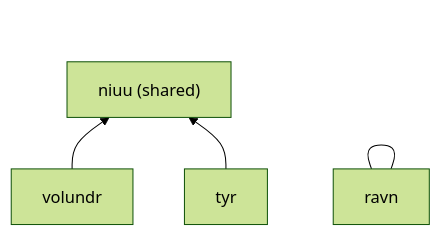
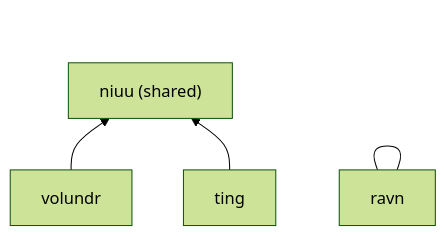
One commit to niuulabs/niuu changed the second of 2 diagrams in docs/archive/site-legacy/ravn/developer/architecture.md. Above: the diagram before and after it, drawn with Mermaid (forest theme). The commit also changed other lines of this file and 1152 other files, not shown here.

Commit message:
refactor(ting): remove tyr and raid naming from internals

````diff
--- a/docs/archive/site-legacy/ravn/developer/architecture.md
+++ b/docs/archive/site-legacy/ravn/developer/architecture.md
@@ -82,6 +82,6 @@
 ```mermaid
 graph BT
     Volundr["volundr"] --> Niuu["niuu (shared)"]
-    Tyr["tyr"] --> Niuu
+    Ting["ting"] --> Niuu
     Ravn["ravn"] --- Ravn
 ```
````
